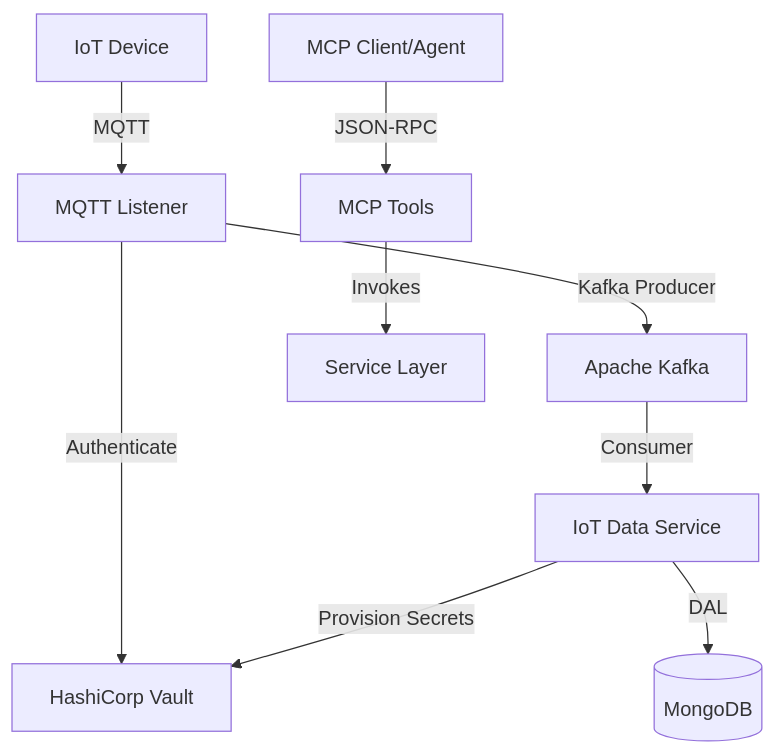
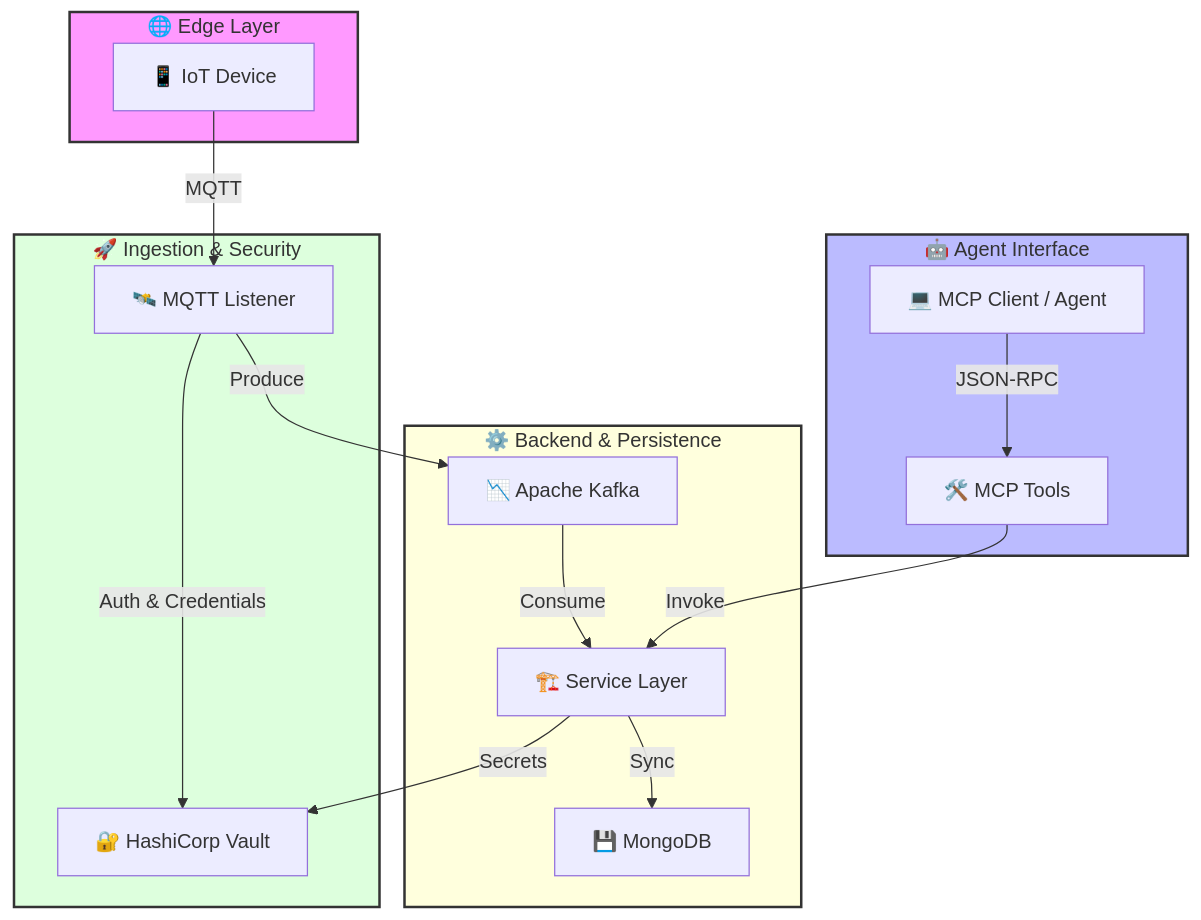
Before and after one commit to sidisl16/iot-riff: the diagram in README.md, drawn with Mermaid.

Commit message:
Vault Readme

````diff
--- a/README.md
+++ b/README.md
@@ -28,12 +28,40 @@
 ```mermaid
-graph TD
-    Device[IoT Device] -- MQTT --> Listener[MQTT Listener]
-    Listener -- Authenticate --> Vault[HashiCorp Vault]
-    Listener -- Kafka Producer --> Kafka[Apache Kafka]
-    Kafka -- Consumer --> Service[IoT Data Service]
-    Service -- DAL --> MongoDB[(MongoDB)]
-    Service -- Provision Secrets --> Vault
-    
-    Tool[MCP Client/Agent] -- JSON-RPC --> MCP[MCP Tools]
-    MCP -- Invokes --> ServiceLayer[Service Layer]
+graph TB
+    subgraph Edge ["🌐 Edge Layer"]
+        Device["📱 IoT Device"]
+    end
+
+    subgraph Interface ["🤖 Agent Interface"]
+        MCPClient["💻 MCP Client / Agent"]
+        MCPTools["🛠️ MCP Tools"]
+    end
+
+    subgraph Ingestion ["🚀 Ingestion & Security"]
+        Listener["🛰️ MQTT Listener"]
+        Vault["🔐 HashiCorp Vault"]
+    end
+
+    subgraph Backend ["⚙️ Backend & Persistence"]
+        Kafka["📉 Apache Kafka"]
+        ServiceLayer["🏗️ Service Layer"]
+        MongoDB["💾 MongoDB"]
+    end
+
+    %% Data Flow
+    Device -- "MQTT" --> Listener
+    Listener -- "Auth & Credentials" --> Vault
+    Listener -- "Produce" --> Kafka
+    Kafka -- "Consume" --> ServiceLayer
+    ServiceLayer -- "Sync" --> MongoDB
+    ServiceLayer -- "Secrets" --> Vault
+
+    %% Control Flow
+    MCPClient -- "JSON-RPC" --> MCPTools
+    MCPTools -- "Invoke" --> ServiceLayer
+
+    %% Styling
+    style Edge fill:#f9f,stroke:#333,stroke-width:2px
+    style Interface fill:#bbf,stroke:#333,stroke-width:2px
+    style Ingestion fill:#dfd,stroke:#333,stroke-width:2px
+    style Backend fill:#ffd,stroke:#333,stroke-width:2px
 ```
````
